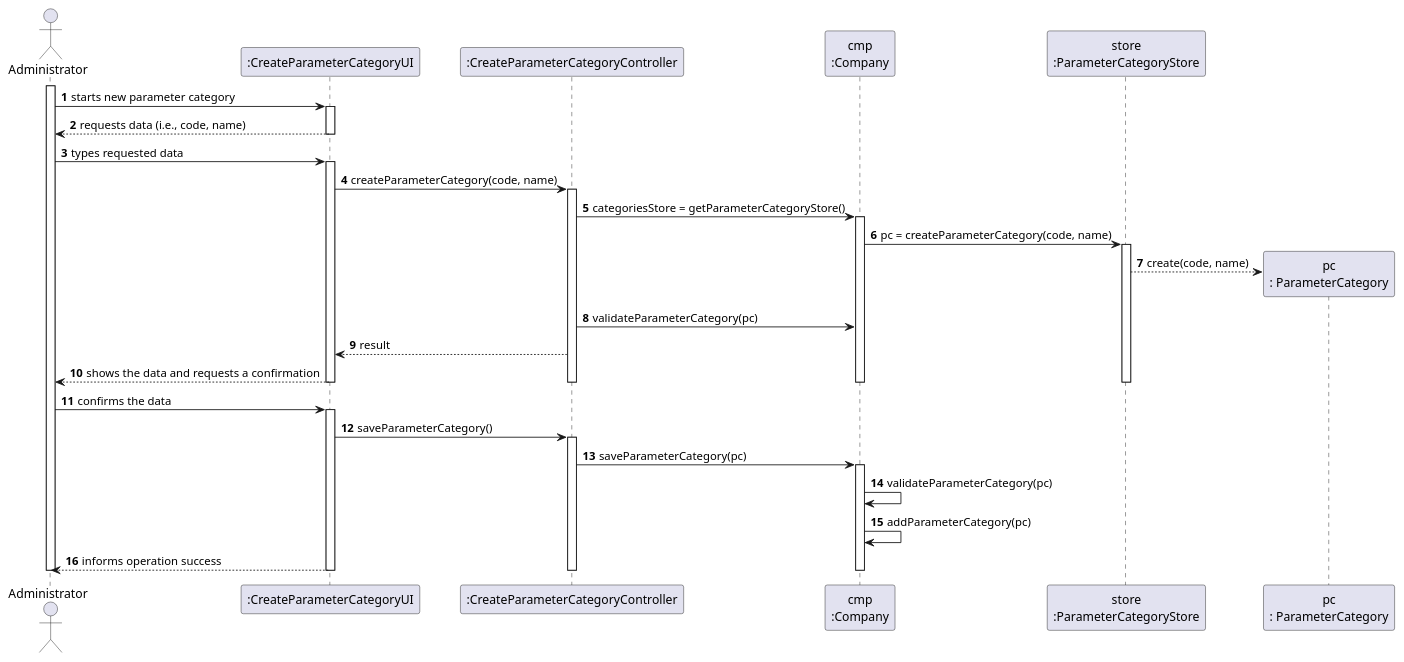
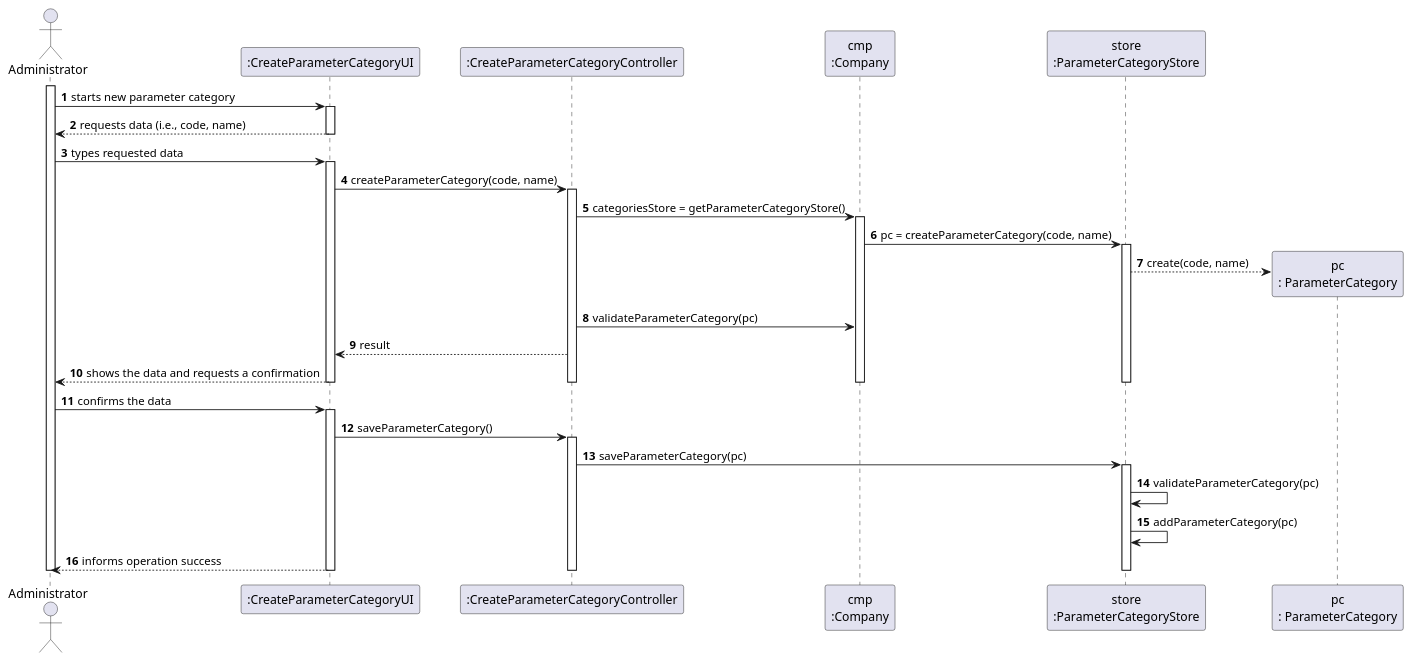
The diagram in docs/SprintB/US_11/US11_SD.puml (ana-albergaria/LAPR2-ISEP), drawn with PlantUML before and after one commit. The commit also changed 3 other files, not shown here.

```diff
--- a/docs/SprintB/US_11/US11_SD.puml
+++ b/docs/SprintB/US_11/US11_SD.puml
@@ -1,60 +1,60 @@
 @startuml
 autonumber
 'hide footbox
 actor "Administrator" as ADM
 
 participant ":CreateParameterCategoryUI" as UI
 participant ":CreateParameterCategoryController" as CTRL
 participant "cmp\n:Company" as CMP
 participant "store\n:ParameterCategoryStore" as STORE
 participant "pc\n: ParameterCategory" as PC
 
 activate ADM
 ADM -> UI : starts new parameter category
 activate UI
 UI --> ADM : requests data (i.e., code, name)
 deactivate UI
 
 ADM -> UI : types requested data
 activate UI
 
 UI -> CTRL : createParameterCategory(code, name)
 activate CTRL
 
 CTRL -> CMP : categoriesStore = getParameterCategoryStore()
 activate CMP
 
 CMP -> STORE : pc = createParameterCategory(code, name)
 activate STORE
 STORE --> PC** : create(code, name)
 
 CTRL -> CMP : validateParameterCategory(pc)
 
 CTRL --> UI: result
 
 UI --> ADM : shows the data and requests a confirmation
 deactivate STORE
 deactivate CTRL
 deactivate CMP
 deactivate UI
 
 ADM -> UI : confirms the data
 activate UI
 
 UI -> CTRL : saveParameterCategory()
 activate CTRL
 
-CTRL -> CMP : saveParameterCategory(pc)
-activate CMP
+CTRL -> STORE : saveParameterCategory(pc)
+activate STORE
 
-CMP -> CMP : validateParameterCategory(pc)
+STORE -> STORE : validateParameterCategory(pc)
 
-CMP -> CMP : addParameterCategory(pc)
+STORE -> STORE : addParameterCategory(pc)
 
 ADM <-- UI : informs operation success
-deactivate CMP
+deactivate STORE
 deactivate CTRL
 deactivate UI
 deactivate ADM
 
 @enduml
```
